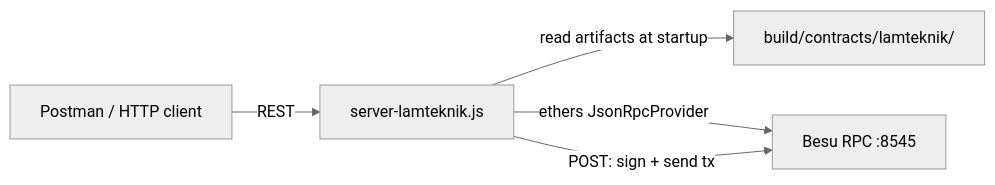
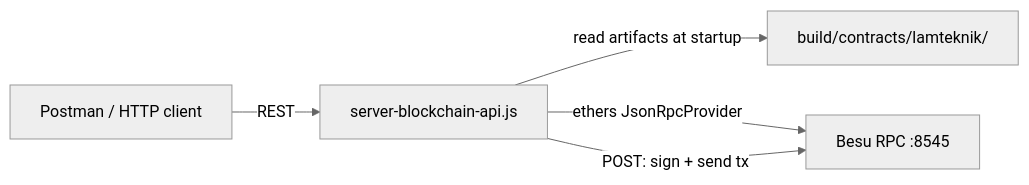
One commit to DeITdev/lamteknik-blockchain changed the diagram in blockchain-API/command/how-to-blockchain-api.md. Above: the diagram before and after it, drawn with Mermaid (neutral theme). The commit also changed other lines of this file and 22 other files, not shown here.

````diff
--- a/blockchain-API/command/how-to-blockchain-api.md
+++ b/blockchain-API/command/how-to-blockchain-api.md
@@ -30,12 +30,12 @@
 ```mermaid
 flowchart LR
   Client[Postman / HTTP client]
-  Server[server-lamteknik.js]
+  Server[server-blockchain-api.js]
   Artifacts[build/contracts/lamteknik/]
   Besu[Besu RPC :8545]
 
   Client -->|REST| Server
   Server -->|read artifacts at startup| Artifacts
   Server -->|ethers JsonRpcProvider| Besu
   Server -->|POST: sign + send tx| Besu
 ```
````
